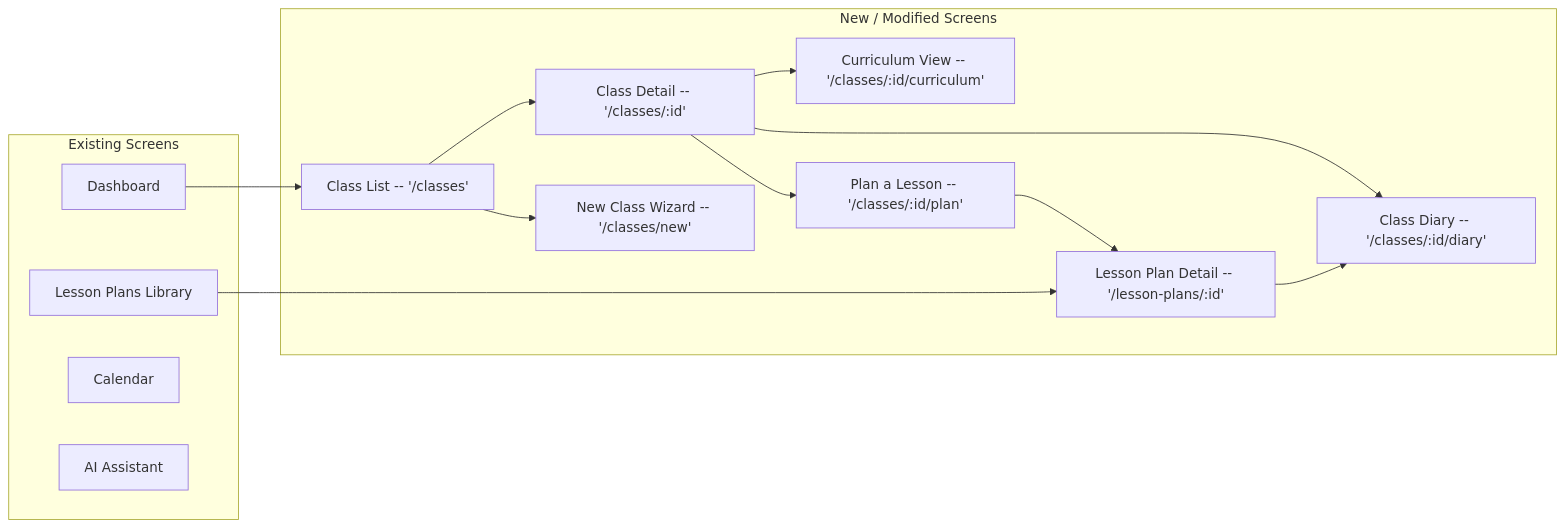
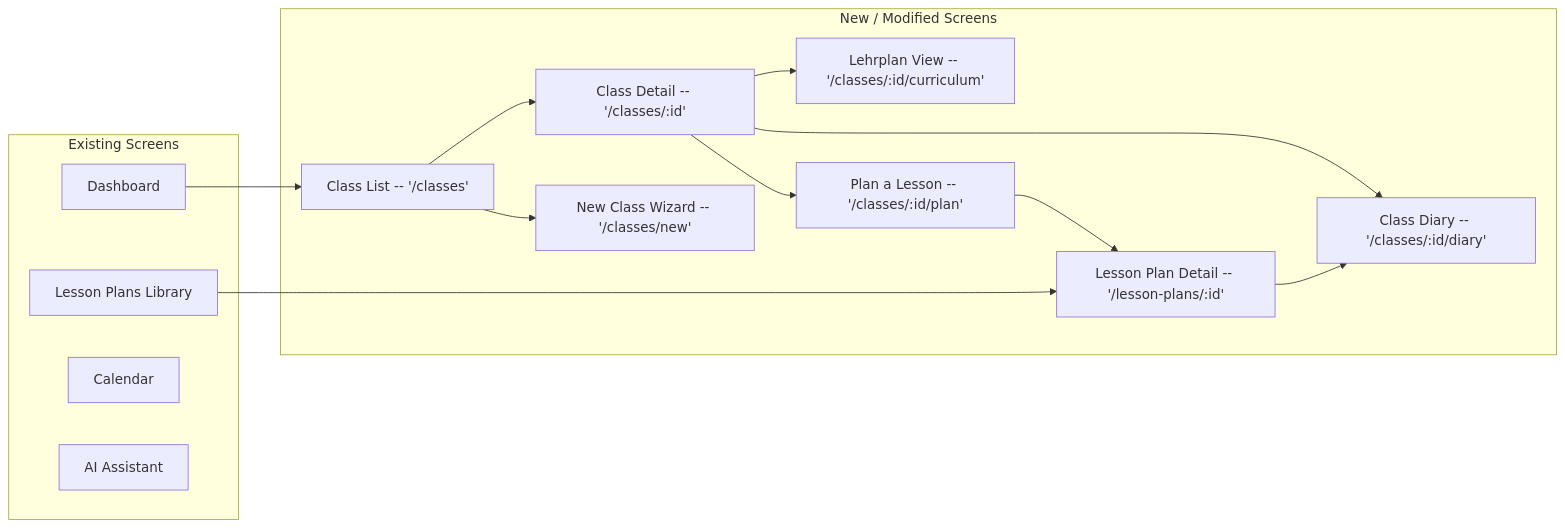
The seventh of 10 diagrams in docs/features/lesson-planning.md (Code-Snap-UG/chalkdust), drawn with Mermaid before and after one commit. The commit also changed other lines of this file and 27 other files, not shown here.

````diff
--- a/docs/features/lesson-planning.md
+++ b/docs/features/lesson-planning.md
@@ -321,29 +321,29 @@
 ```mermaid
 flowchart LR
     subgraph existing [Existing Screens]
         Dashboard
         LessonPlans[Lesson Plans Library]
         Calendar
         AIAssistant[AI Assistant]
     end
 
     subgraph newScreens [New / Modified Screens]
         ClassList[Class List -- '/classes']
         ClassDetail[Class Detail -- '/classes/:id']
         ClassSetup[New Class Wizard -- '/classes/new']
-        CurriculumView[Curriculum View -- '/classes/:id/curriculum']
+        CurriculumView[Lehrplan View -- '/classes/:id/curriculum']
         DiaryView[Class Diary -- '/classes/:id/diary']
         PlanLesson[Plan a Lesson -- '/classes/:id/plan']
         PlanDetail[Lesson Plan Detail -- '/lesson-plans/:id']
     end
 
     Dashboard --> ClassList
     ClassList --> ClassSetup
     ClassList --> ClassDetail
     ClassDetail --> CurriculumView
     ClassDetail --> DiaryView
     ClassDetail --> PlanLesson
     PlanLesson --> PlanDetail
     PlanDetail --> DiaryView
     LessonPlans --> PlanDetail
 ```
````
